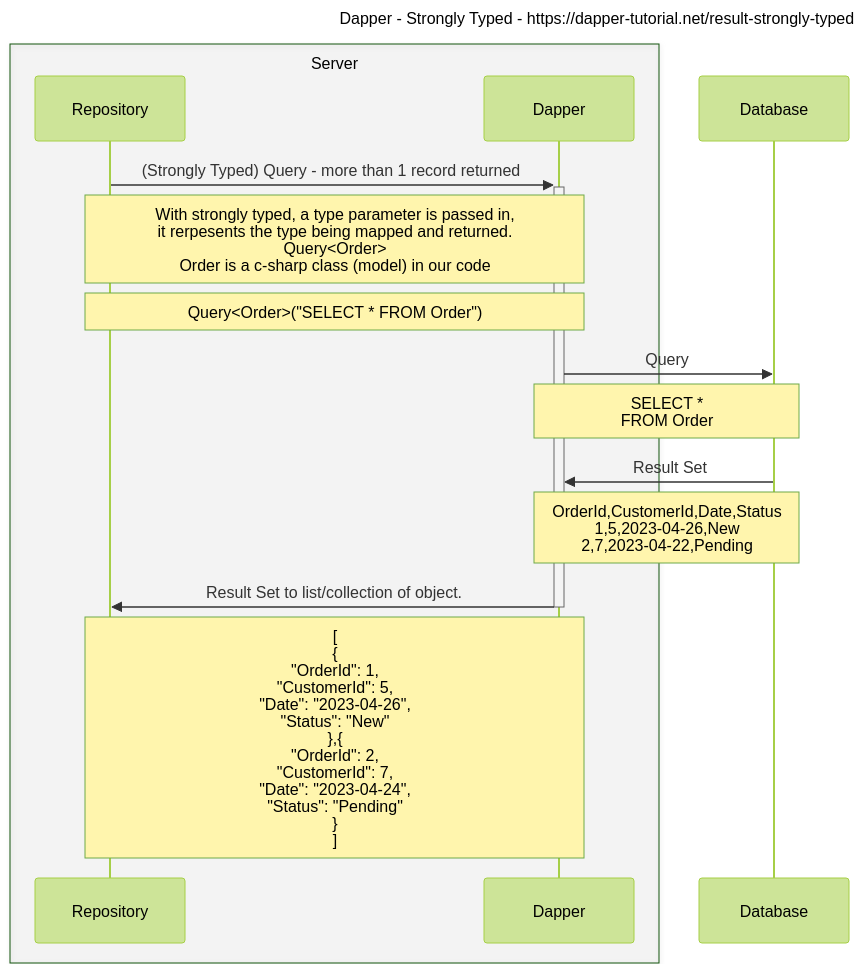
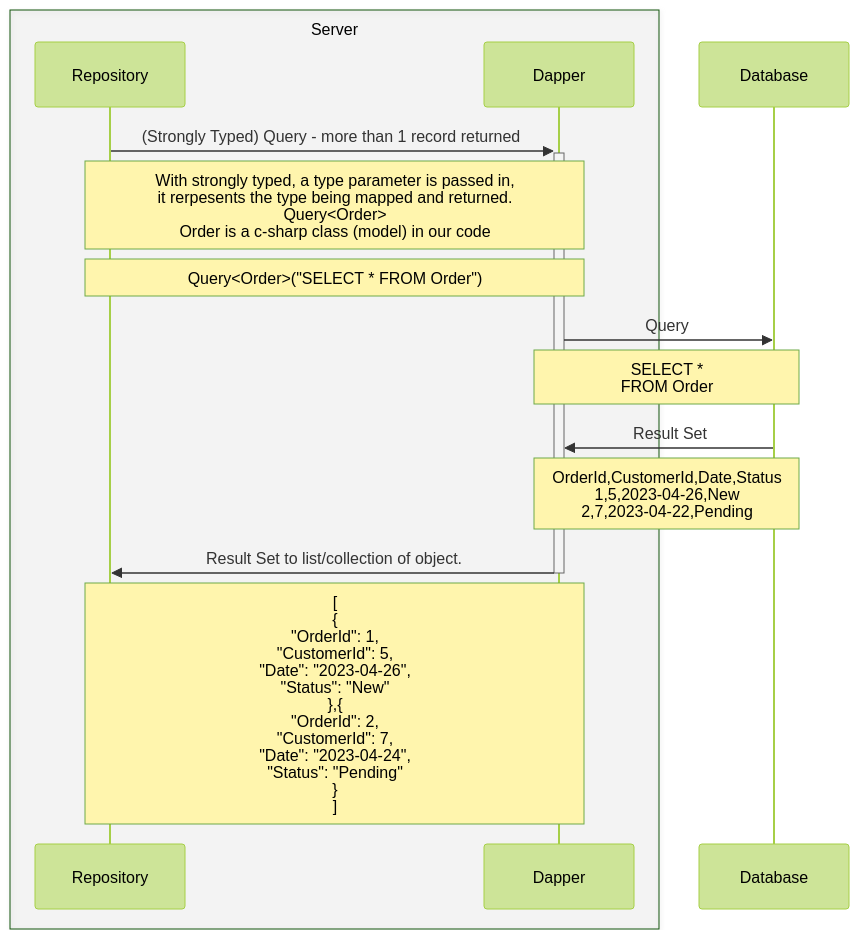
The third of 7 diagrams in dapper.md (pauljeanquart/mermaid), drawn with Mermaid (forest theme) before and after one commit. The commit also changed other lines of this file, not shown here.

````diff
--- a/dapper.md
+++ b/dapper.md
@@ -53,23 +59,18 @@
 ```mermaid
----
-title: Dapper - Strongly Typed - https://dapper-tutorial.net/result-strongly-typed
----
 sequenceDiagram
 
 box rgba(60,60,60,.05) Server 
     participant Repository
     participant Dapper
 end
 participant Database
-    #dividing line
     Repository->>+Dapper: (Strongly Typed) Query - more than 1 record returned
         Note over Repository,Dapper: With strongly typed, a type parameter is passed in,<br> it rerpesents the type being mapped and returned.<br> Query<Order><br>Order is a c-sharp class (model) in our code
         Note over Repository,Dapper: Query<Order>("SELECT * FROM Order")
         Dapper->>Database: Query
           Note over Dapper,Database: SELECT *<br>FROM Order
         Database->>Dapper: Result Set
           Note over Dapper,Database: OrderId,CustomerId,Date,Status<br>1,5,2023-04-26,New<br>2,7,2023-04-22,Pending
     Dapper->>-Repository: Result Set to list/collection of object.
       Note over Dapper,Repository: [<br> {<br>"OrderId": 1,<br>"CustomerId": 5,<br>"Date": "2023-04-26",<br>"Status": "New"<br>},{<br>"OrderId": 2,<br>"CustomerId": 7,<br>"Date": "2023-04-24",<br>"Status": "Pending"<br>}<br>]
-
 ```
````
